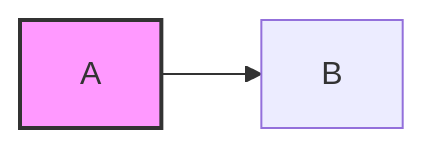
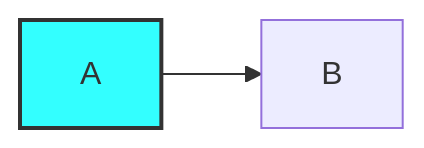
Before and after one commit to giorgio-bendoni/giorgio-bendoni.github.io: the third of 3 diagrams in myworkflow.md, drawn with Mermaid.

```diff
--- a/myworkflow.md
+++ b/myworkflow.md
@@ -36,5 +36,5 @@
 <div class="mermaid">
 graph LR
     A --> B
-  style A fill:#f9f,stroke:#333,stroke-width:2px
+  style A fill:#3ff,stroke:#333,stroke-width:2px
 </div>
```
